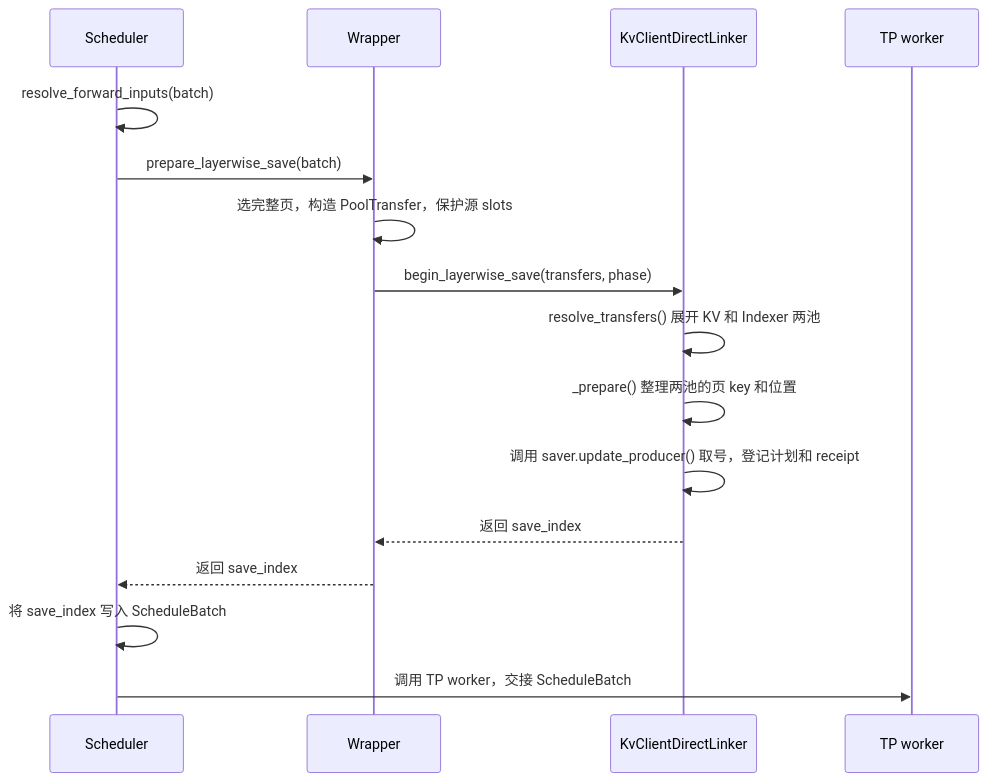
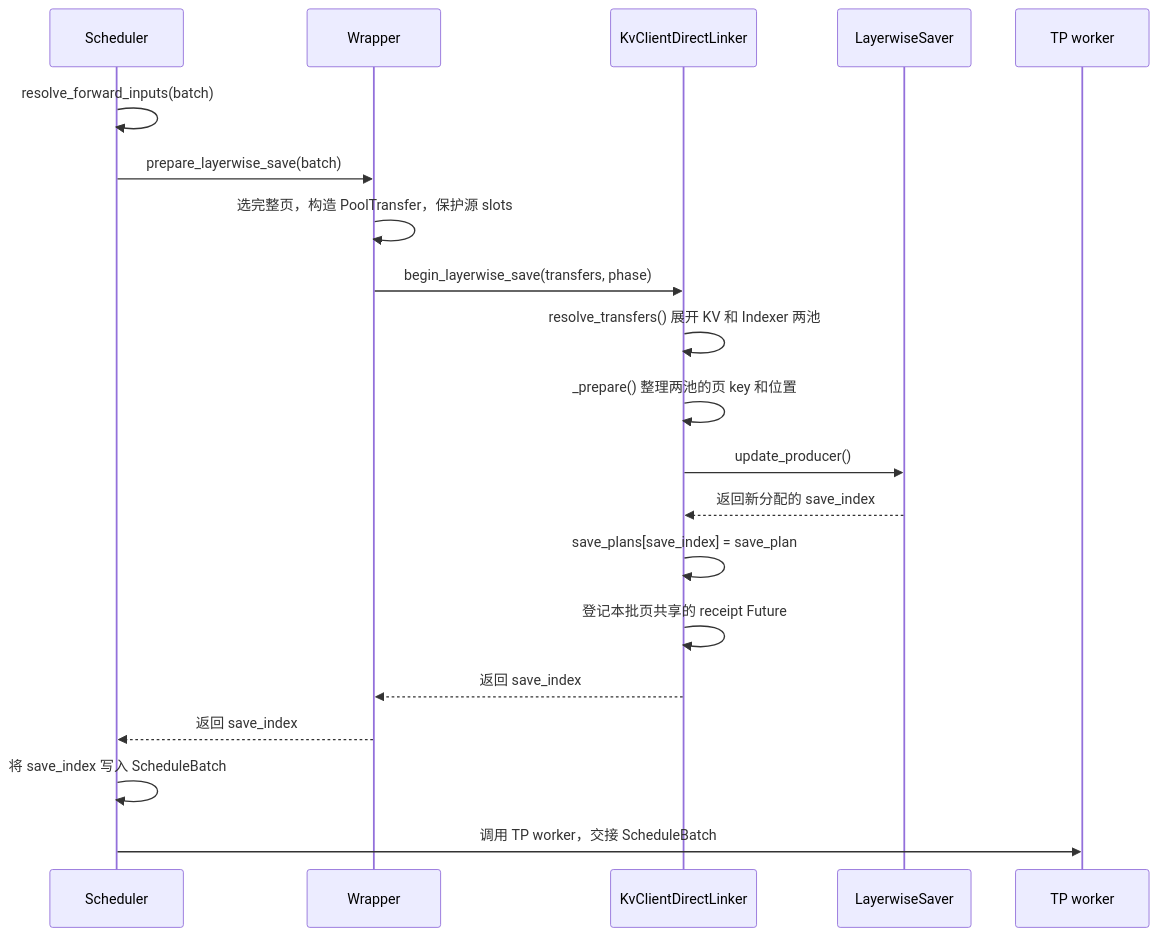
Diagram 20 of 26 in kv_client_linker_backend_design.md (yuanzhg078/sglang), drawn with Mermaid before and after one commit. The commit also changed other lines of this file and 1 other file, not shown here.

````diff
--- a/kv_client_linker_backend_design.md
+++ b/kv_client_linker_backend_design.md
@@ -1252,19 +1259,23 @@
 ```mermaid
 sequenceDiagram
     participant S as Scheduler
     participant W as Wrapper
     participant L as KvClientDirectLinker
+    participant V as LayerwiseSaver
     participant T as TP worker
 
     S->>S: resolve_forward_inputs(batch)
     S->>W: prepare_layerwise_save(batch)
     W->>W: 选完整页，构造 PoolTransfer，保护源 slots
     W->>L: begin_layerwise_save(transfers, phase)
     L->>L: resolve_transfers() 展开 KV 和 Indexer 两池
     L->>L: _prepare() 整理两池的页 key 和位置
-    L->>L: 调用 saver.update_producer() 取号，登记计划和 receipt
+    L->>V: update_producer()
+    V-->>L: 返回新分配的 save_index
+    L->>L: save_plans[save_index] = save_plan
+    L->>L: 登记本批页共享的 receipt Future
     L-->>W: 返回 save_index
     W-->>S: 返回 save_index
     S->>S: 将 save_index 写入 ScheduleBatch
     S->>T: 调用 TP worker，交接 ScheduleBatch
 ```
````
